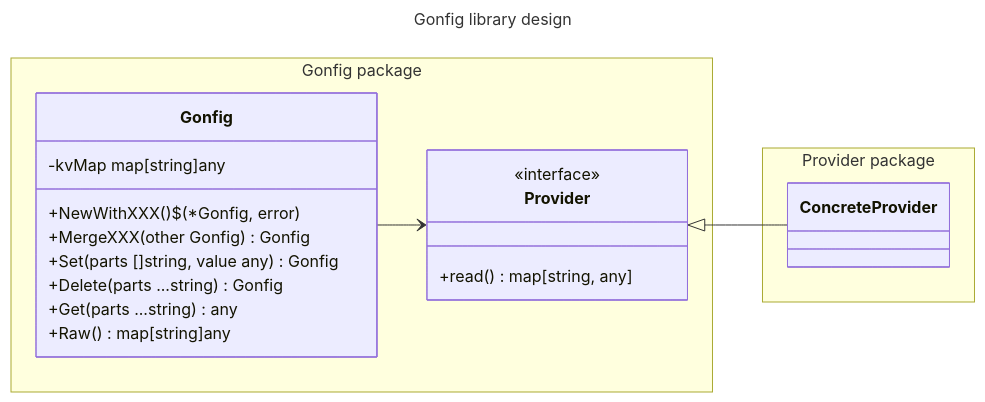
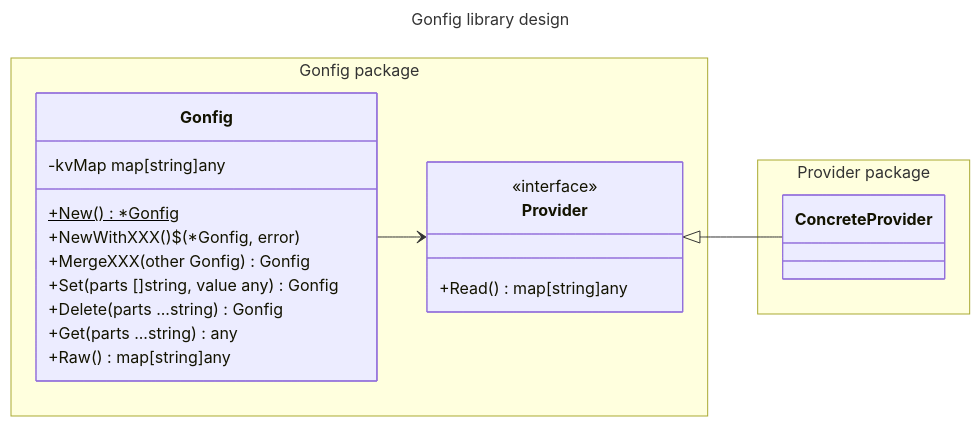
The diagram in docs/design.md (slava-y2k/gofig), drawn with Mermaid before and after one commit. The commit also changed other lines of this file and 1 other file, not shown here.

First line of the commit message:
docs: document New and ErrNilProvider and correct the Provider diagram

````diff
--- a/docs/design.md
+++ b/docs/design.md
@@ -15,33 +15,34 @@
 ```mermaid
 ---
 title: Gonfig library design
 ---
 classDiagram
     direction LR
 
     namespace gonfig_pkg ["Gonfig package"] {
         class Gonfig["Gonfig"] {
             -kvMap map[string]any
+            +New()$ *Gonfig
             +NewWithXXX()$ (*Gonfig, error)
             +MergeXXX(other Gonfig) Gonfig
             +Set(parts []string, value any) Gonfig
             +Delete(parts ...string) Gonfig
             +Get(parts ...string) any
             +Raw() map[string]any
         }
 
         class IProvider["Provider"] {
             <<interface>>
-            +read() map[string, any]
+            +Read() map[string]any
         }
     }
 
     namespace Provider ["Provider package"] {
         class ConcreteProvider
     }
 
     Gonfig --> IProvider
     IProvider <|-- ConcreteProvider
 
 
 ```
````
